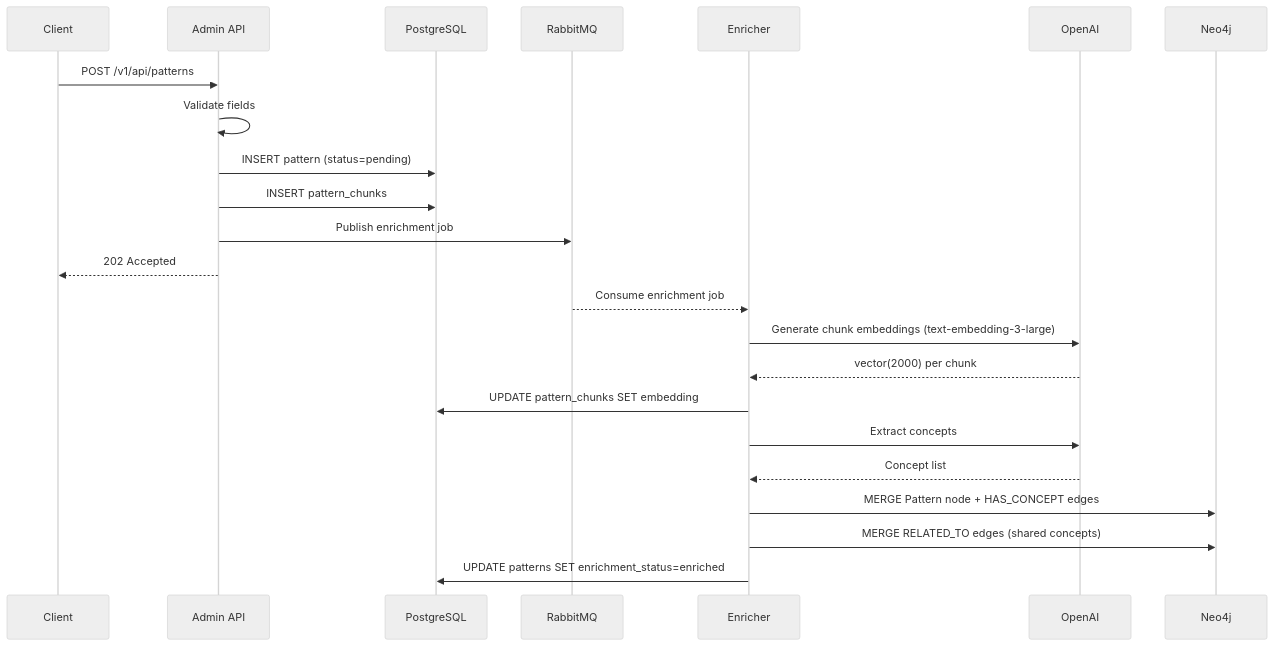
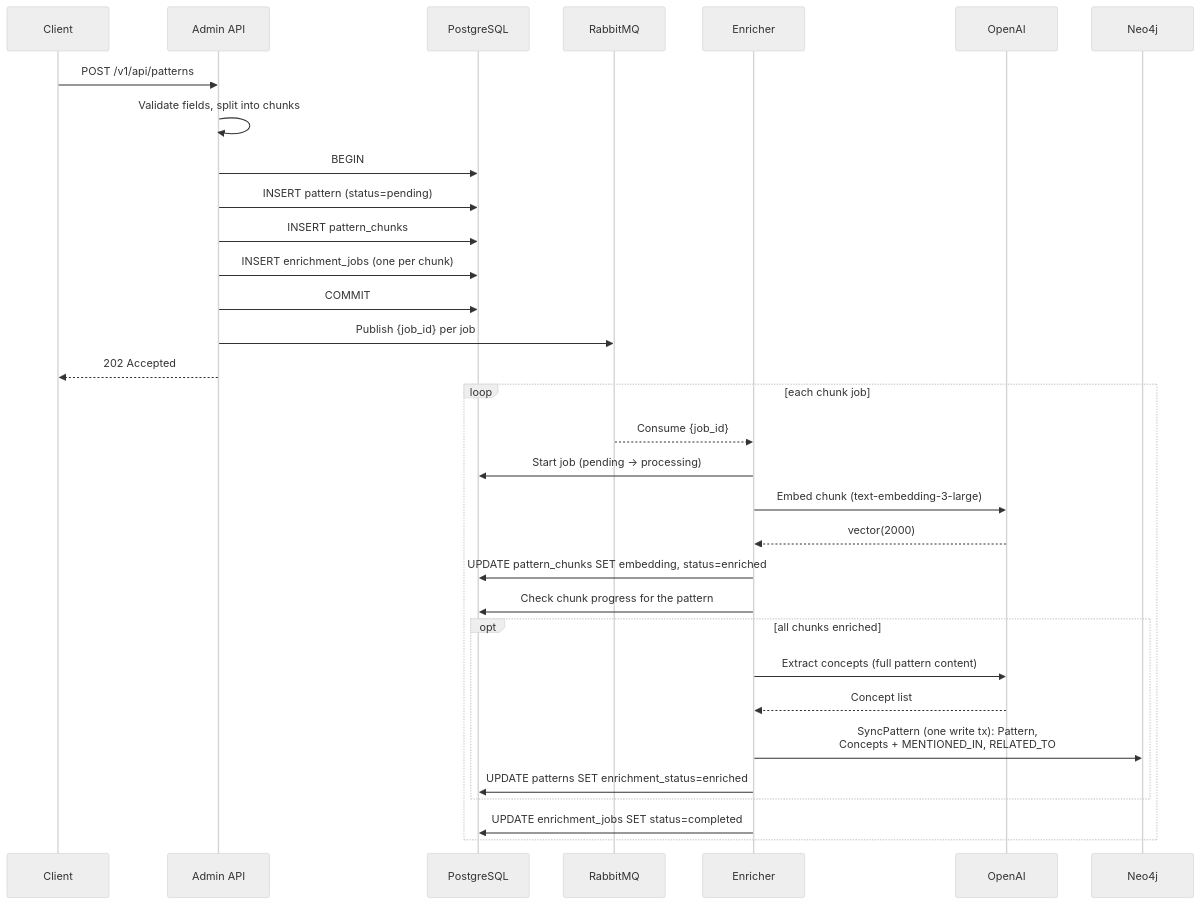
The third of 5 diagrams in docs/architecture/system/05-database-integration-flow.md (twistingmercury/mnemonic-docs), drawn with Mermaid (neutral theme) before and after one commit. The commit also changed other lines of this file and 41 other files, not shown here.

````diff
--- a/docs/architecture/system/05-database-integration-flow.md
+++ b/docs/architecture/system/05-database-integration-flow.md
@@ -310,27 +379,36 @@
 ```mermaid
 sequenceDiagram
     participant Client
     participant API as Admin API
     participant PG as PostgreSQL
     participant MQ as RabbitMQ
     participant ENR as Enricher
     participant OAI as OpenAI
     participant N4J as Neo4j
 
     Client->>API: POST /v1/api/patterns
-    API->>API: Validate fields
+    API->>API: Validate fields, split into chunks
+    API->>PG: BEGIN
     API->>PG: INSERT pattern (status=pending)
     API->>PG: INSERT pattern_chunks
-    API->>MQ: Publish enrichment job
+    API->>PG: INSERT enrichment_jobs (one per chunk)
+    API->>PG: COMMIT
+    API->>MQ: Publish {job_id} per job
     API-->>Client: 202 Accepted
 
-    MQ-->>ENR: Consume enrichment job
-    ENR->>OAI: Generate chunk embeddings (text-embedding-3-large)
-    OAI-->>ENR: vector(2000) per chunk
-    ENR->>PG: UPDATE pattern_chunks SET embedding
-    ENR->>OAI: Extract concepts
-    OAI-->>ENR: Concept list
-    ENR->>N4J: MERGE Pattern node + HAS_CONCEPT edges
-    ENR->>N4J: MERGE RELATED_TO edges (shared concepts)
-    ENR->>PG: UPDATE patterns SET enrichment_status=enriched
+    loop each chunk job
+        MQ-->>ENR: Consume {job_id}
+        ENR->>PG: Start job (pending -> processing)
+        ENR->>OAI: Embed chunk (text-embedding-3-large)
+        OAI-->>ENR: vector(2000)
+        ENR->>PG: UPDATE pattern_chunks SET embedding, status=enriched
+        ENR->>PG: Check chunk progress for the pattern
+        opt all chunks enriched
+            ENR->>OAI: Extract concepts (full pattern content)
+            OAI-->>ENR: Concept list
+            ENR->>N4J: SyncPattern (one write tx): Pattern,<br/>Concepts + MENTIONED_IN, RELATED_TO
+            ENR->>PG: UPDATE patterns SET enrichment_status=enriched
+        end
+        ENR->>PG: UPDATE enrichment_jobs SET status=completed
+    end
 ```
````
